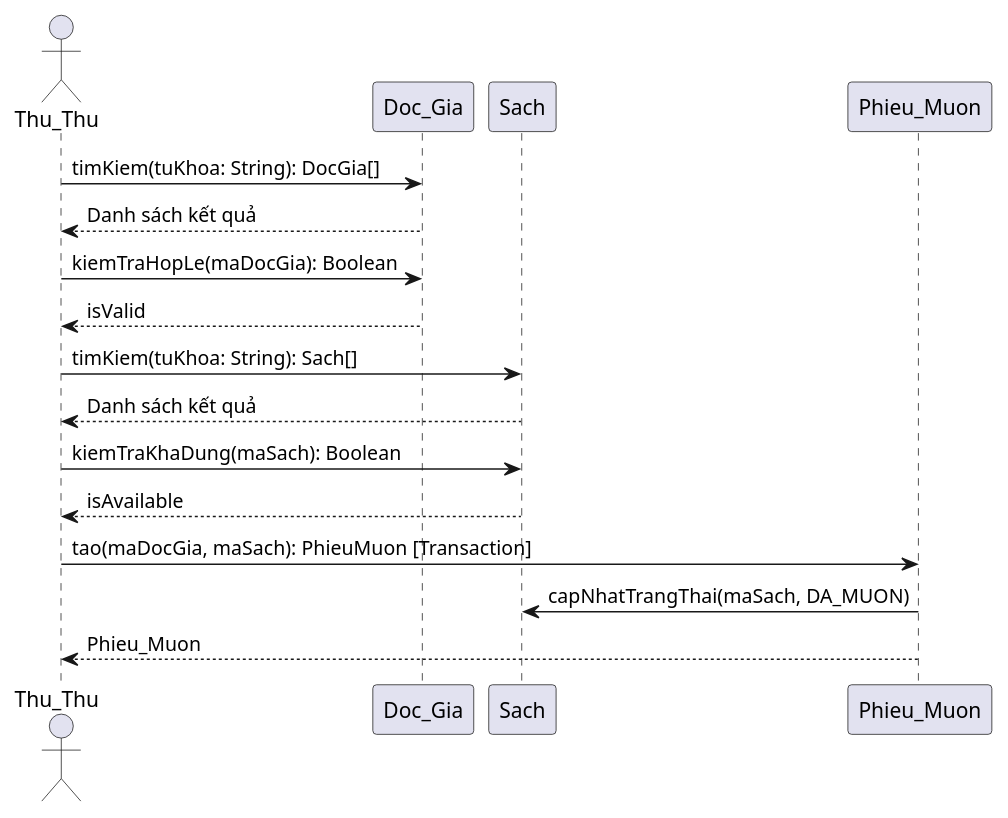
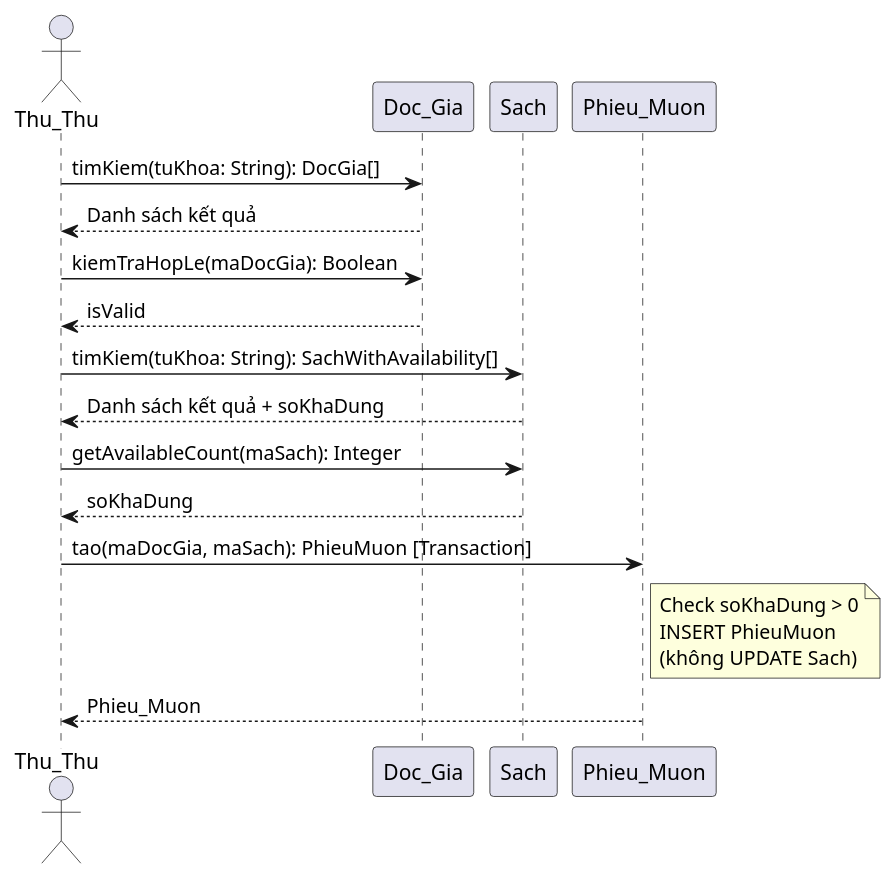
Before and after one commit to NPhamDoan/FULL_QLThuVien: the seventh of 15 diagrams in .kiro/document/BaoCao_3UC_PlantUML.md, drawn with PlantUML. The commit also changed other lines of this file and 37 other files, not shown here.

````diff
--- a/.kiro/document/BaoCao_3UC_PlantUML.md
+++ b/.kiro/document/BaoCao_3UC_PlantUML.md
@@ -233,20 +258,20 @@
 ```plantuml
 @startuml
 actor "Thu_Thu" as TT
 participant "Doc_Gia" as DG
 participant "Sach" as S
 participant "Phieu_Muon" as PM
 
 TT -> DG : timKiem(tuKhoa: String): DocGia[]
 DG --> TT : Danh sách kết quả
 TT -> DG : kiemTraHopLe(maDocGia): Boolean
 DG --> TT : isValid
-TT -> S : timKiem(tuKhoa: String): Sach[]
-S --> TT : Danh sách kết quả
-TT -> S : kiemTraKhaDung(maSach): Boolean
-S --> TT : isAvailable
+TT -> S : timKiem(tuKhoa: String): SachWithAvailability[]
+S --> TT : Danh sách kết quả + soKhaDung
+TT -> S : getAvailableCount(maSach): Integer
+S --> TT : soKhaDung
 TT -> PM : tao(maDocGia, maSach): PhieuMuon [Transaction]
-PM -> S : capNhatTrangThai(maSach, DA_MUON)
+note right of PM : Check soKhaDung > 0\nINSERT PhieuMuon\n(không UPDATE Sach)
 PM --> TT : Phieu_Muon
 @enduml
 ```
````
